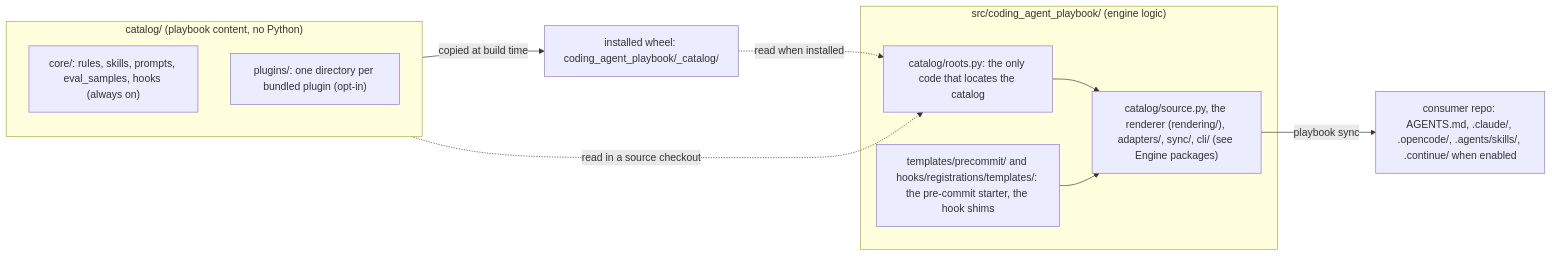
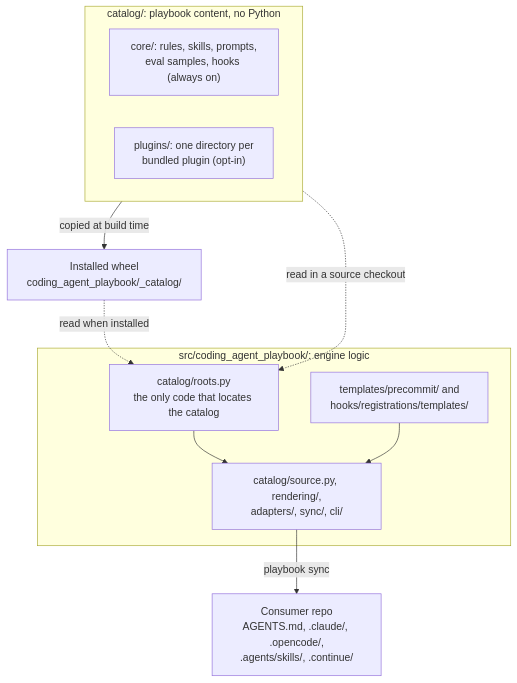
Before and after one commit to msobroza/coding-agent-playbook: the second of 2 diagrams in docs/overview.md, drawn with Mermaid. The commit also changed other lines of this file and 124 other files, not shown here.

````diff
--- a/docs/overview.md
+++ b/docs/overview.md
@@ -229,20 +326,21 @@
 ```mermaid
-flowchart LR
-    subgraph catalog["catalog/ (playbook content, no Python)"]
-        core["core/: rules, skills, prompts, eval_samples, hooks (always on)"]
-        plugins["plugins/: one directory per bundled plugin (opt-in)"]
+flowchart TD
+    subgraph catalog["catalog/: playbook content, no Python"]
+        direction LR
+        core["core/: rules, skills, prompts,<br/>eval samples, hooks (always on)"]
+        plugins["plugins/: one directory per<br/>bundled plugin (opt-in)"]
     end
-    subgraph src["src/coding_agent_playbook/ (engine logic)"]
-        resolver["catalog/roots.py: the only code that locates the catalog"]
-        engine["catalog/source.py, the renderer (rendering/), adapters/, sync/, cli/ (see Engine packages)"]
-        template["templates/precommit/ and hooks/registrations/templates/: the pre-commit starter, the hook shims"]
+    wheel["Installed wheel<br/>coding_agent_playbook/_catalog/"]
+    subgraph engine["src/coding_agent_playbook/: engine logic"]
+        roots["catalog/roots.py<br/>the only code that locates the catalog"]
+        pipeline["catalog/source.py, rendering/,<br/>adapters/, sync/, cli/"]
+        templates["templates/precommit/ and<br/>hooks/registrations/templates/"]
     end
-    wheel["installed wheel: coding_agent_playbook/_catalog/"]
-    consumer["consumer repo: AGENTS.md, .claude/, .opencode/, .agents/skills/, .continue/ when enabled"]
-    catalog -->|"copied at build time"| wheel
-    catalog -.->|"read in a source checkout"| resolver
-    wheel -.->|"read when installed"| resolver
-    resolver --> engine
-    template --> engine
-    engine -->|"playbook sync"| consumer
+    consumer["Consumer repo<br/>AGENTS.md, .claude/, .opencode/,<br/>.agents/skills/, .continue/"]
+    catalog -->|copied at build time| wheel
+    catalog -.->|read in a source checkout| roots
+    wheel -.->|read when installed| roots
+    roots --> pipeline
+    templates --> pipeline
+    pipeline -->|playbook sync| consumer
 ```
````
